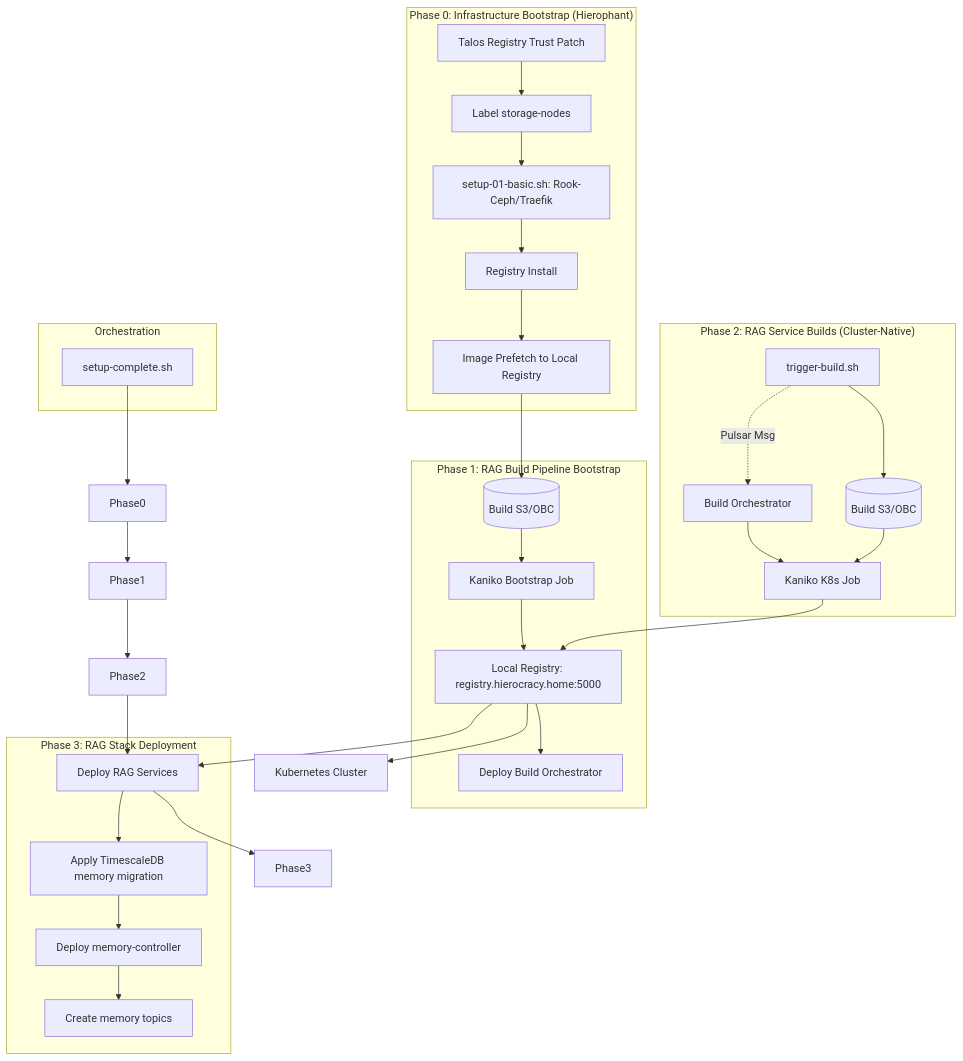
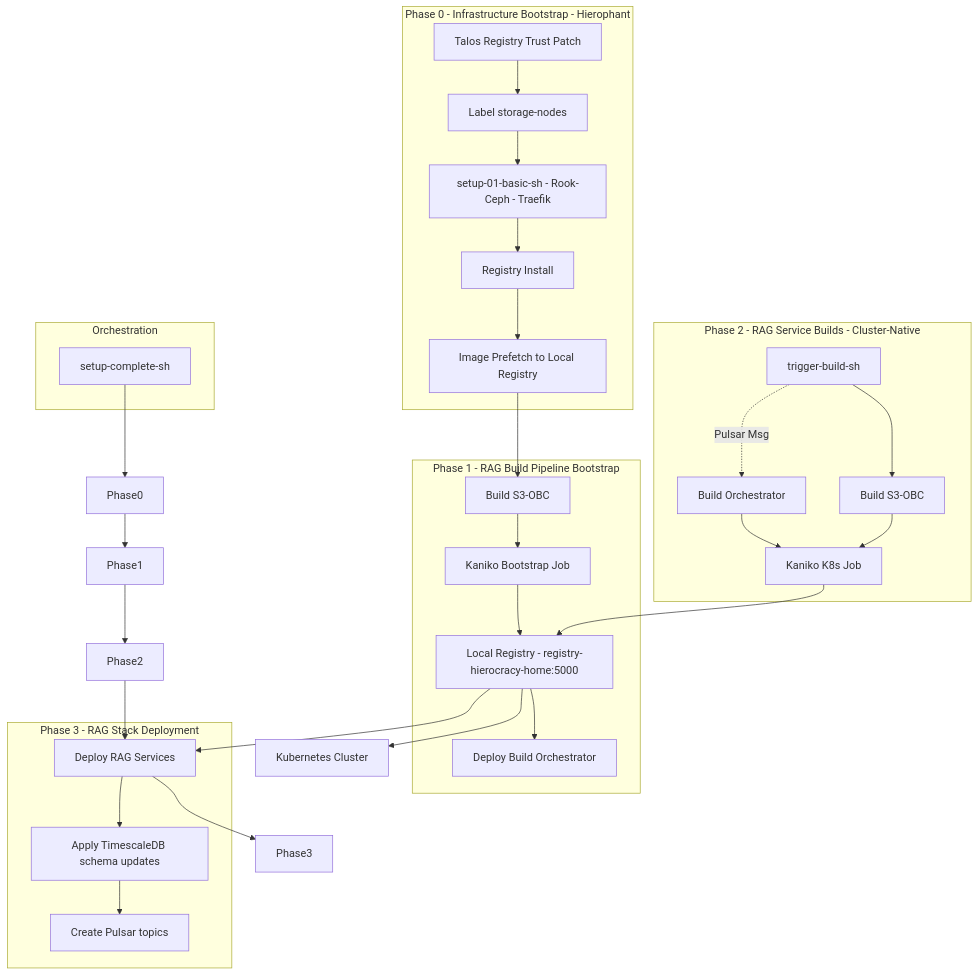
One commit to coppergate/RAG-CRD-BUILD changed the second of 2 diagrams in RAG Stack Architecture.md. Above: the diagram before and after it, drawn with Mermaid. The commit also changed other lines of this file and 30 other files, not shown here.

````diff
--- a/RAG Stack Architecture.md
+++ b/RAG Stack Architecture.md
@@ -147,43 +147,42 @@
 ```mermaid
 flowchart TD
-    subgraph "Phase 0: Infrastructure Bootstrap (Hierophant)"
+    subgraph "Phase 0 - Infrastructure Bootstrap - Hierophant"
         Talos[Talos Registry Trust Patch] --> Labels[Label storage-nodes]
-        Labels --> Basic[setup-01-basic.sh: Rook-Ceph/Traefik]
+        Labels --> Basic[setup-01-basic-sh - Rook-Ceph - Traefik]
         Basic --> Reg[Registry Install]
         Reg --> Prefetch[Image Prefetch to Local Registry]
     end
 
-    subgraph "Phase 1: RAG Build Pipeline Bootstrap"
-        Prefetch --> S3_1[(Build S3/OBC)]
+    subgraph "Phase 1 - RAG Build Pipeline Bootstrap"
+        Prefetch --> S3_1[Build S3-OBC]
         S3_1 --> BootstrapJob[Kaniko Bootstrap Job]
-        BootstrapJob --> Registry[Local Registry: registry.hierocracy.home:5000]
-        Registry --> OrchDeploy[Deploy Build Orchestrator]
+        BootstrapJob --> RegistryNode[Local Registry - registry-hierocracy-home:5000]
+        RegistryNode --> OrchDeploy[Deploy Build Orchestrator]
     end
 
-    subgraph "Phase 2: RAG Service Builds (Cluster-Native)"
-        Trigger[trigger-build.sh] --> S3_2[(Build S3/OBC)]
+    subgraph "Phase 2 - RAG Service Builds - Cluster-Native"
+        Trigger[trigger-build-sh] --> S3_2[Build S3-OBC]
         Trigger -.->|Pulsar Msg| Orch[Build Orchestrator]
         Orch --> Kaniko[Kaniko K8s Job]
         S3_2 --> Kaniko
-        Kaniko --> Registry
+        Kaniko --> RegistryNode
     end
 
-    subgraph "Phase 3: RAG Stack Deployment"
-        Registry --> Deploy[Deploy RAG Services]
-        Deploy --> Migrate[Apply TimescaleDB memory migration]
-        Migrate --> MemDeploy[Deploy memory-controller]
-        MemDeploy --> TopicInit[Create memory topics]
+    subgraph "Phase 3 - RAG Stack Deployment"
+        RegistryNode --> Deploy[Deploy RAG Services]
+        Deploy --> Migrate[Apply TimescaleDB schema updates]
+        Migrate --> TopicInit[Create Pulsar topics]
     end
 
-    Registry --> K8s[Kubernetes Cluster]
+    RegistryNode --> K8s[Kubernetes Cluster]
 
     subgraph "Orchestration"
-        Setup[setup-complete.sh]
+        Setup[setup-complete-sh]
     end
 
     Setup --> Phase0
     Phase0 --> Phase1
     Phase1 --> Phase2
     Phase2 --> Deploy
     Deploy --> Phase3
 ```
````
